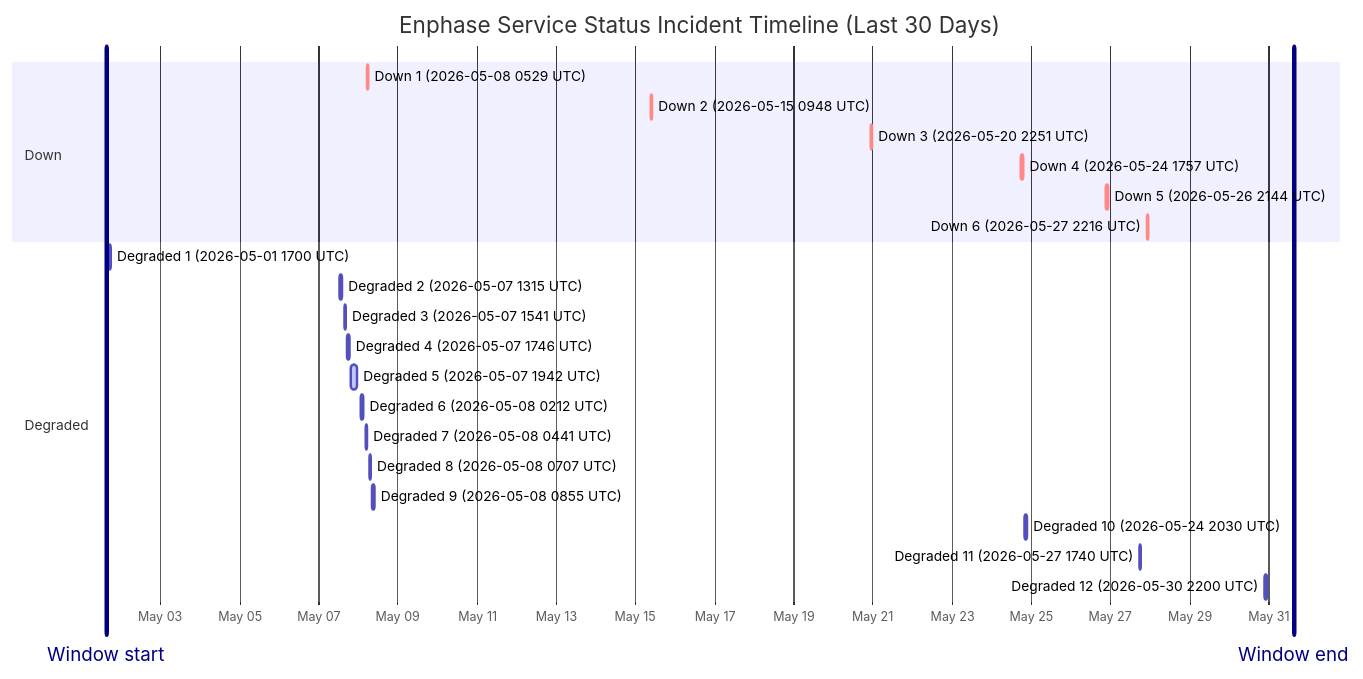
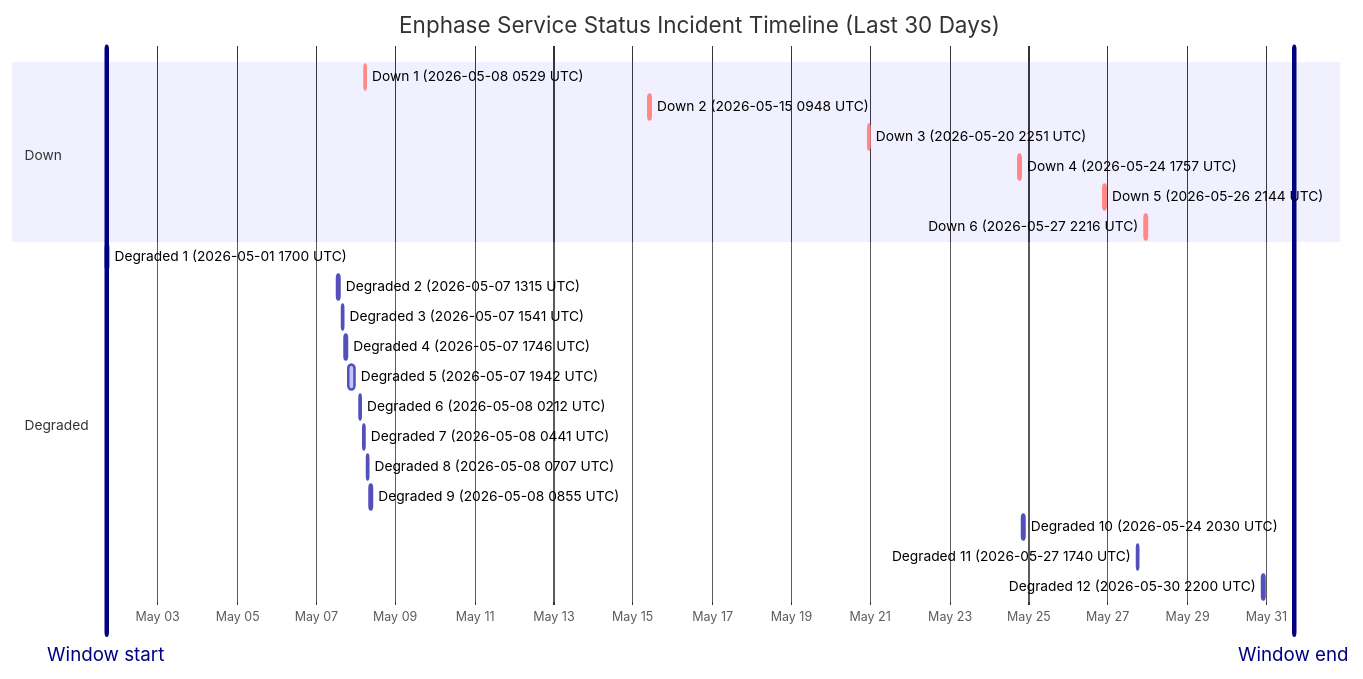
The diagram in wiki/Service-Status-History.md (barneyonline/ha-enphase-ev-charger), drawn with Mermaid before and after one commit. The commit also changed other lines of this file and 3 other files, not shown here.

````diff
--- a/wiki/Service-Status-History.md
+++ b/wiki/Service-Status-History.md
@@ -14,28 +14,28 @@
 ```mermaid
 gantt
     title Enphase Service Status Incident Timeline (Last 30 Days)
     dateFormat  YYYY-MM-DDTHH:mm:ss
     axisFormat  %b %d
-    Window start :vert, window-start, 2026-05-01T15:16:31, 0ms
-    Window end :vert, window-end, 2026-05-31T15:16:31, 0ms
+    Window start :vert, window-start, 2026-05-01T16:40:25, 0ms
+    Window end :vert, window-end, 2026-05-31T16:40:25, 0ms
     section Down
     Down 1 (2026-05-08 0529 UTC) :crit, down-1, 2026-05-08T05:29:47, 60m
     Down 2 (2026-05-15 0948 UTC) :crit, down-2, 2026-05-15T09:48:18, 60m
     Down 3 (2026-05-20 2251 UTC) :crit, down-3, 2026-05-20T22:51:14, 75m
     Down 4 (2026-05-24 1757 UTC) :crit, down-4, 2026-05-24T17:57:41, 86m
     Down 5 (2026-05-26 2144 UTC) :crit, down-5, 2026-05-26T21:44:11, 85m
     Down 6 (2026-05-27 2216 UTC) :crit, down-6, 2026-05-27T22:16:53, 87m
     section Degraded
     Degraded 1 (2026-05-01 1700 UTC) :active, degraded-1, 2026-05-01T17:00:22, 60m
     Degraded 2 (2026-05-07 1315 UTC) :active, degraded-2, 2026-05-07T13:15:25, 60m
     Degraded 3 (2026-05-07 1541 UTC) :active, degraded-3, 2026-05-07T15:41:58, 60m
     Degraded 4 (2026-05-07 1746 UTC) :active, degraded-4, 2026-05-07T17:46:51, 60m
     Degraded 5 (2026-05-07 1942 UTC) :active, degraded-5, 2026-05-07T19:42:10, 249m
     Degraded 6 (2026-05-08 0212 UTC) :active, degraded-6, 2026-05-08T02:12:39, 60m
     Degraded 7 (2026-05-08 0441 UTC) :active, degraded-7, 2026-05-08T04:41:46, 60m
     Degraded 8 (2026-05-08 0707 UTC) :active, degraded-8, 2026-05-08T07:07:30, 60m
     Degraded 9 (2026-05-08 0855 UTC) :active, degraded-9, 2026-05-08T08:55:20, 88m
     Degraded 10 (2026-05-24 2030 UTC) :active, degraded-10, 2026-05-24T20:30:57, 84m
     Degraded 11 (2026-05-27 1740 UTC) :active, degraded-11, 2026-05-27T17:40:52, 60m
     Degraded 12 (2026-05-30 2200 UTC) :active, degraded-12, 2026-05-30T22:00:37, 60m
 ```
````
